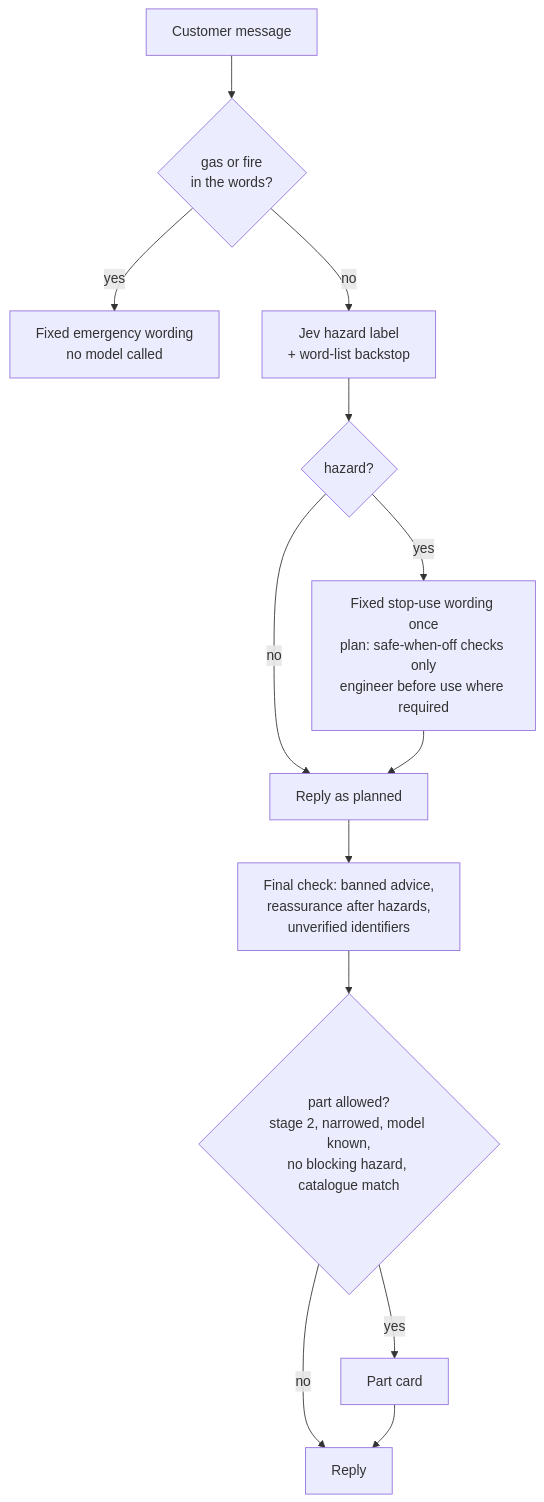
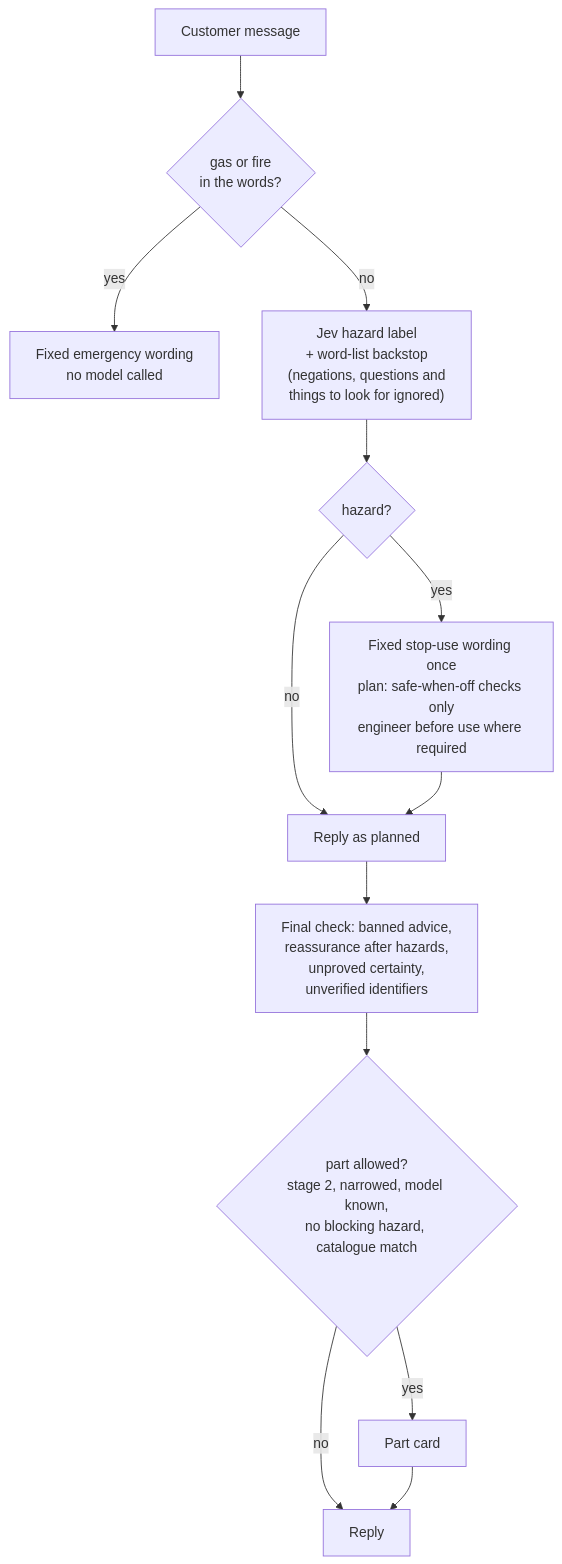
One commit to timdodgson/appliance-clinic changed the fifth of 5 diagrams in docs/architecture/overview.md. Above: the diagram before and after it, drawn with Mermaid. The commit also changed other lines of this file and 16 other files, not shown here.

````diff
--- a/docs/architecture/overview.md
+++ b/docs/architecture/overview.md
@@ -179,15 +187,15 @@
 ```mermaid
 flowchart TD
   M["Customer message"] --> G{"gas or fire<br/>in the words?"}
   G -->|yes| STOP["Fixed emergency wording<br/>no model called"]
-  G -->|no| L["Jev hazard label<br/>+ word-list backstop"]
+  G -->|no| L["Jev hazard label<br/>+ word-list backstop<br/>(negations, questions and<br/>things to look for ignored)"]
   L --> H{"hazard?"}
   H -->|no| R["Reply as planned"]
   H -->|yes| F["Fixed stop-use wording once<br/>plan: safe-when-off checks only<br/>engineer before use where required"]
   F --> R
-  R --> C["Final check: banned advice,<br/>reassurance after hazards,<br/>unverified identifiers"]
+  R --> C["Final check: banned advice,<br/>reassurance after hazards,<br/>unproved certainty,<br/>unverified identifiers"]
   C --> P{"part allowed?<br/>stage 2, narrowed, model known,<br/>no blocking hazard, catalogue match"}
   P -->|yes| CARD["Part card"]
   P -->|no| OUT["Reply"]
   CARD --> OUT
 ```
````
